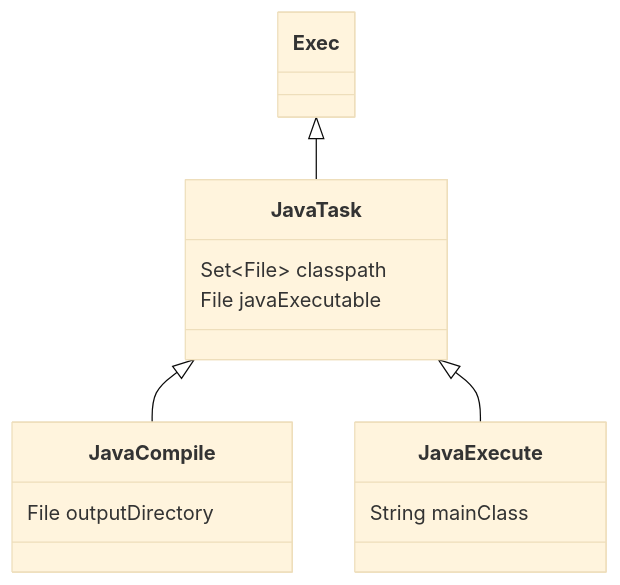
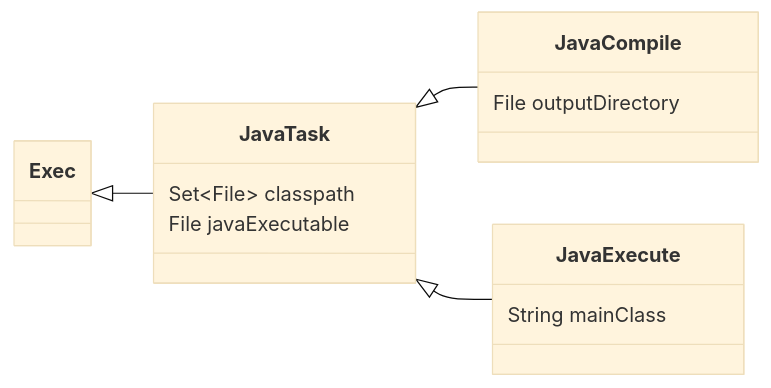
The diagram in content/04-build-automation/_generator.md (unibo-spe/spe-slides), drawn with Mermaid (base theme) before and after one commit.

Commit message:
redirect the isolation of imperativity diagram

````diff
--- a/content/04-build-automation/_generator.md
+++ b/content/04-build-automation/_generator.md
@@ -839,16 +839,17 @@
 ```mermaid
 classDiagram
+    direction LR
     Exec <|-- JavaTask
     JavaTask <|-- JavaCompile
     JavaTask <|-- JavaExecute
     class JavaTask {
         Set~File~ classpath
         File javaExecutable
     }
     class JavaCompile {
         File outputDirectory
     }
     class JavaExecute {
         String mainClass
     }
 ```
````
